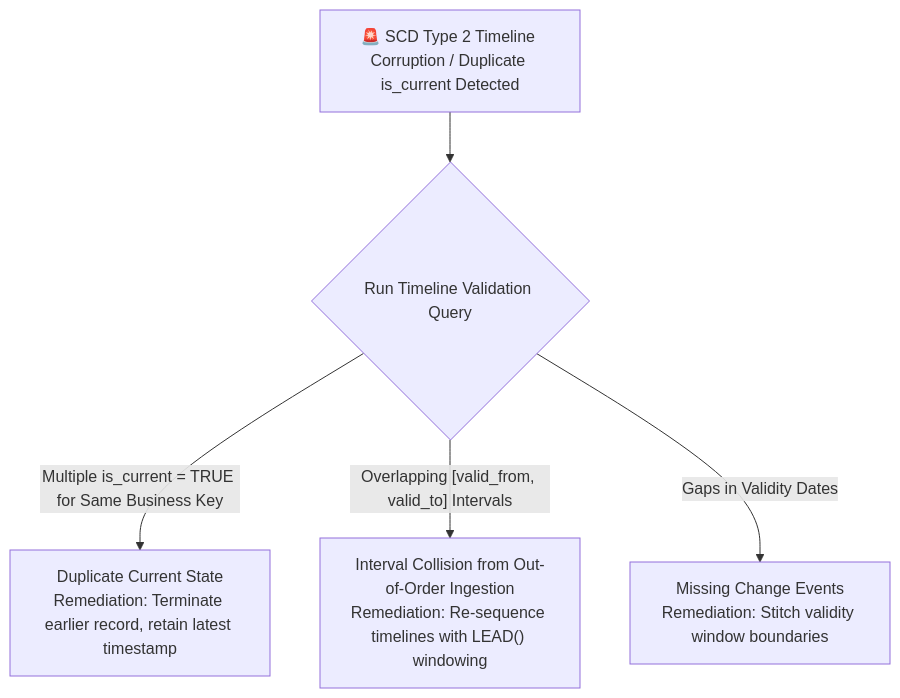
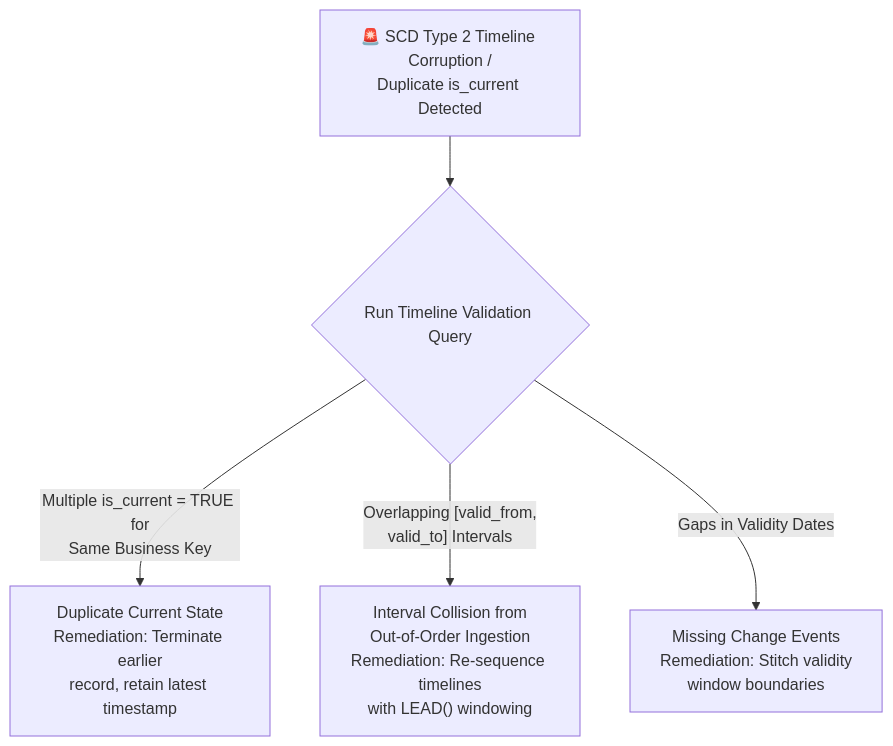
One commit to santoshjammi29/sql-handbook changed the first of 2 diagrams in runbooks/04_scd_and_cdc_reconciliation_disaster_recovery.md. Above: the diagram before and after it, drawn with Mermaid. The commit also changed 17 other files, not shown here.

Commit message:
fix(diagrams): word-wrap labels and escape comparison operators across all diagrams

````diff
--- a/runbooks/04_scd_and_cdc_reconciliation_disaster_recovery.md
+++ b/runbooks/04_scd_and_cdc_reconciliation_disaster_recovery.md
@@ -11,8 +11,8 @@
 ```mermaid
 flowchart TD
-    CDCAlert["🚨 SCD Type 2 Timeline Corruption / Duplicate is_current Detected"] --> CheckTimeline{"Run Timeline Validation Query"}
+    CDCAlert["🚨 SCD Type 2 Timeline Corruption /<br/>Duplicate is_current Detected"] --> CheckTimeline{"Run Timeline Validation Query"}
 
-    CheckTimeline -->|"Multiple is_current = TRUE for Same Business Key"| FixDuplicateCurrent["Duplicate Current State<br/>Remediation: Terminate earlier record, retain latest timestamp"]
-    CheckTimeline -->|"Overlapping [valid_from, valid_to] Intervals"| FixOverlaps["Interval Collision from Out-of-Order Ingestion<br/>Remediation: Re-sequence timelines with LEAD() windowing"]
-    CheckTimeline -->|"Gaps in Validity Dates"| FixGaps["Missing Change Events<br/>Remediation: Stitch validity window boundaries"]
+    CheckTimeline -->|"Multiple is_current = TRUE for<br/>Same Business Key"| FixDuplicateCurrent["Duplicate Current State<br/>Remediation: Terminate earlier<br/>record, retain latest timestamp"]
+    CheckTimeline -->|"Overlapping [valid_from,<br/>valid_to] Intervals"| FixOverlaps["Interval Collision from<br/>Out-of-Order Ingestion<br/>Remediation: Re-sequence timelines<br/>with LEAD() windowing"]
+    CheckTimeline -->|"Gaps in Validity Dates"| FixGaps["Missing Change Events<br/>Remediation: Stitch validity<br/>window boundaries"]
 ```
````
